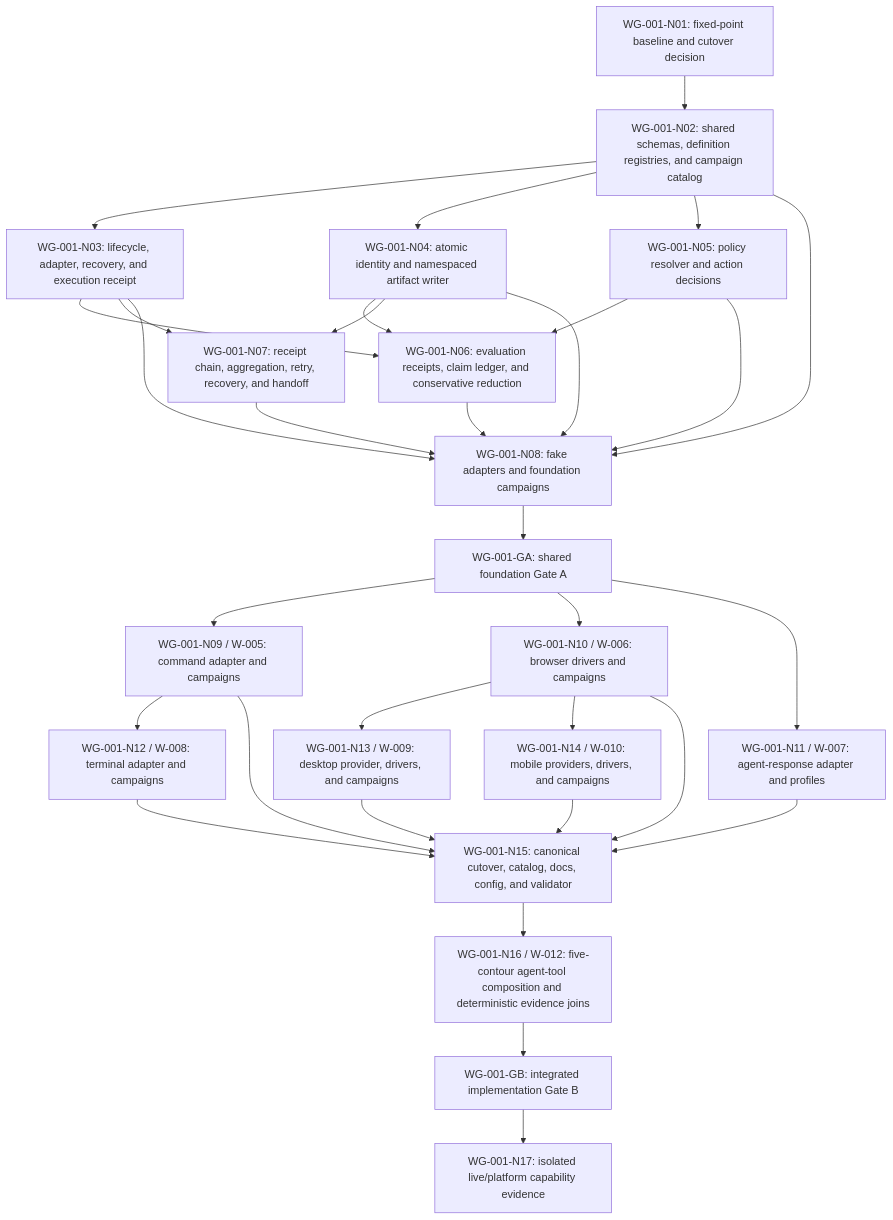
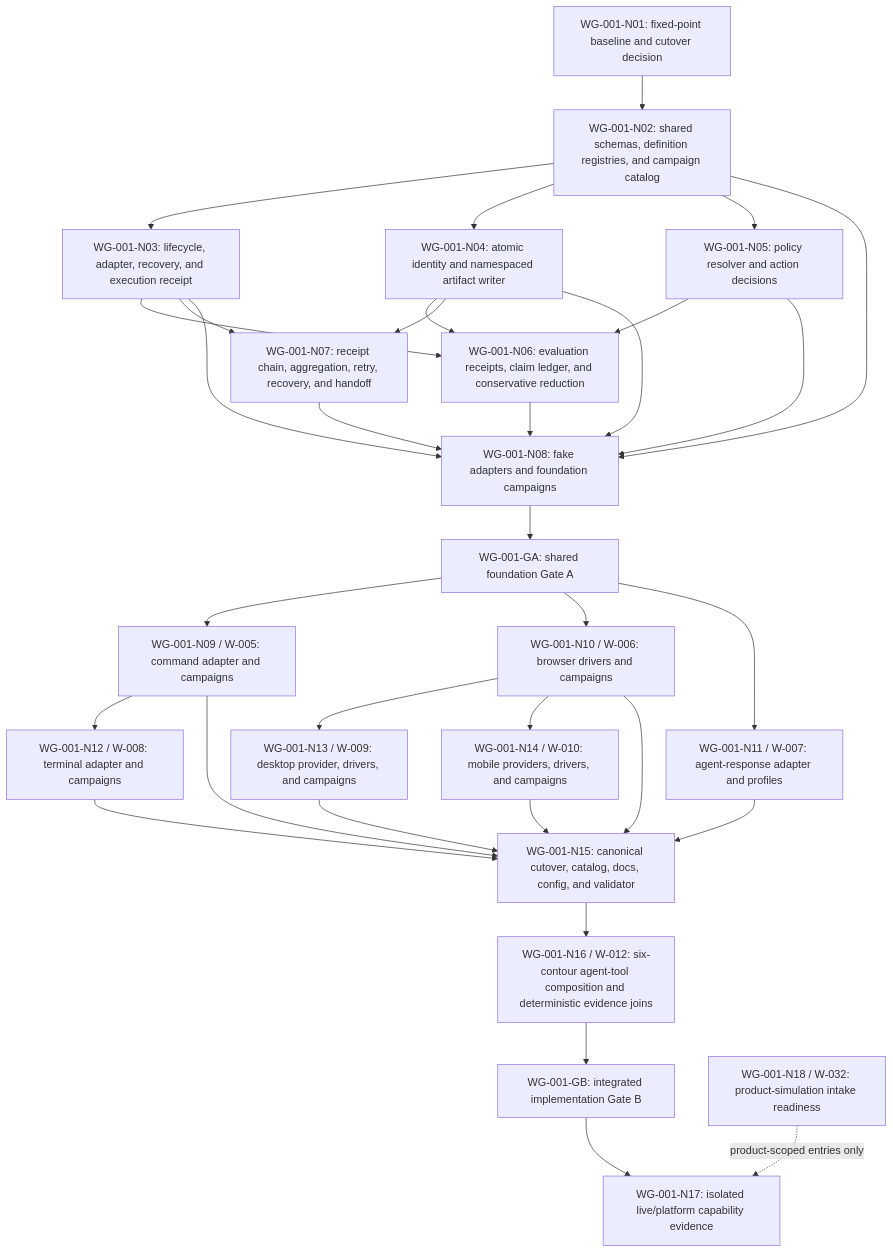
The diagram in docs/work/reports/2026-07-27-cross-surface-simulation-work-graph.md (oleksandr-rud/cascade-codex), drawn with Mermaid before and after one commit. The commit also changed other lines of this file and 266 other files, not shown here.

````diff
--- a/docs/work/reports/2026-07-27-cross-surface-simulation-work-graph.md
+++ b/docs/work/reports/2026-07-27-cross-surface-simulation-work-graph.md
@@ -135,58 +138,60 @@
 ```mermaid
 flowchart TD
     N01["WG-001-N01: fixed-point baseline and cutover decision"]
     N02["WG-001-N02: shared schemas, definition registries, and campaign catalog"]
     N03["WG-001-N03: lifecycle, adapter, recovery, and execution receipt"]
     N04["WG-001-N04: atomic identity and namespaced artifact writer"]
     N05["WG-001-N05: policy resolver and action decisions"]
     N06["WG-001-N06: evaluation receipts, claim ledger, and conservative reduction"]
     N07["WG-001-N07: receipt chain, aggregation, retry, recovery, and handoff"]
     N08["WG-001-N08: fake adapters and foundation campaigns"]
     GA["WG-001-GA: shared foundation Gate A"]
 
     N09["WG-001-N09 / W-005: command adapter and campaigns"]
     N10["WG-001-N10 / W-006: browser drivers and campaigns"]
     N11["WG-001-N11 / W-007: agent-response adapter and profiles"]
     N12["WG-001-N12 / W-008: terminal adapter and campaigns"]
     N13["WG-001-N13 / W-009: desktop provider, drivers, and campaigns"]
     N14["WG-001-N14 / W-010: mobile providers, drivers, and campaigns"]
 
     N15["WG-001-N15: canonical cutover, catalog, docs, config, and validator"]
-    N16["WG-001-N16 / W-012: five-contour agent-tool composition and deterministic evidence joins"]
+    N16["WG-001-N16 / W-012: six-contour agent-tool composition and deterministic evidence joins"]
     GB["WG-001-GB: integrated implementation Gate B"]
     N17["WG-001-N17: isolated live/platform capability evidence"]
+    N18["WG-001-N18 / W-032: product-simulation intake readiness"]
 
     N01 --> N02
     N02 --> N03
     N02 --> N04
     N02 --> N05
     N03 --> N06
     N04 --> N06
     N05 --> N06
     N03 --> N07
     N04 --> N07
     N02 --> N08
     N03 --> N08
     N04 --> N08
     N05 --> N08
     N06 --> N08
     N07 --> N08
     N08 --> GA
 
     GA --> N09
     GA --> N10
     GA --> N11
     N09 --> N12
     N10 --> N13
     N10 --> N14
 
     N09 --> N15
     N10 --> N15
     N11 --> N15
     N12 --> N15
     N13 --> N15
     N14 --> N15
     N15 --> N16
     N16 --> GB
     GB --> N17
+    N18 -. "product-scoped entries only" .-> N17
 ```
````
